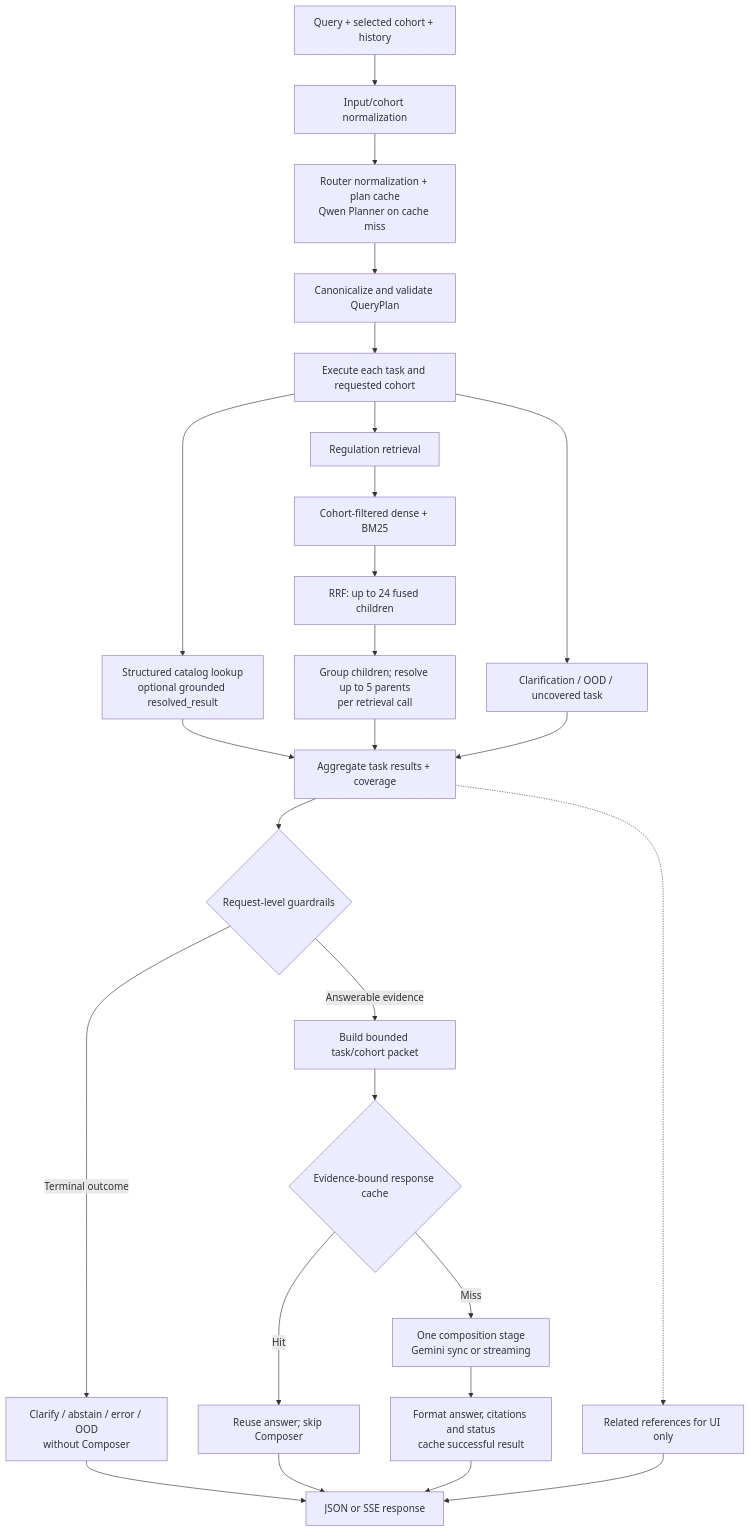
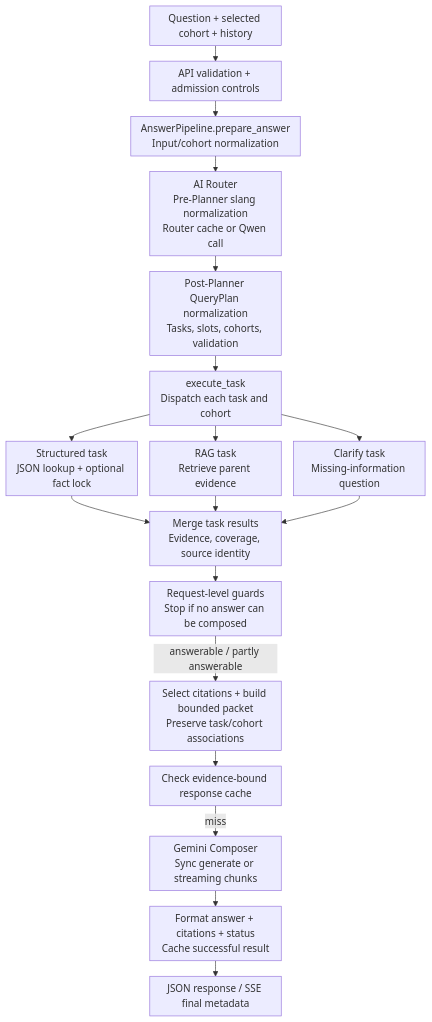
One commit to AnhPhiNe/student-handbook-rag-chatbot changed the second of 5 diagrams in README.md. Above: the diagram before and after it, drawn with Mermaid. The commit also changed other lines of this file, not shown here.

Commit message:
docs: reorganize README architecture evaluation and demo links

````diff
--- a/README.md
+++ b/README.md
@@ -113,28 +208,21 @@
-```mermaid
+~~~mermaid
+%%{init: {"flowchart": {"wrappingWidth": 180, "nodeSpacing": 20, "rankSpacing": 25, "padding": 8}}}%%
 flowchart TD
-    Request["Query + selected cohort + history"] --> Input["Input/cohort normalization"]
-    Input --> Router["Router normalization + plan cache<br/>Qwen Planner on cache miss"]
-    Router --> Validate["Canonicalize and validate QueryPlan"]
-    Validate --> Tasks["Execute each task and requested cohort"]
-    Tasks --> S["Structured catalog lookup<br/>optional grounded resolved_result"]
-    Tasks --> R["Regulation retrieval"]
-    Tasks --> C["Clarification / OOD / uncovered task"]
-    R --> Search["Cohort-filtered dense + BM25"]
-    Search --> RRF["RRF: up to 24 fused children"]
-    RRF --> Parents["Group children; resolve up to 5 parents<br/>per retrieval call"]
-    Parents --> Merge["Aggregate task results + coverage"]
-    S --> Merge
-    C --> Merge
-    Merge --> Gate{"Request-level guardrails"}
-    Gate -->|"Terminal outcome"| Safe["Clarify / abstain / error / OOD<br/>without Composer"]
-    Gate -->|"Answerable evidence"| Packet["Build bounded task/cohort packet"]
-    Packet --> Cache{"Evidence-bound response cache"}
-    Cache -->|"Hit"| Cached["Reuse answer; skip Composer"]
-    Cache -->|"Miss"| Compose["One composition stage<br/>Gemini sync or streaming"]
-    Compose --> Final["Format answer, citations and status<br/>cache successful result"]
-    Merge -.-> Graph["Related references for UI only"]
-    Final --> Response["JSON or SSE response"]
-    Safe --> Response
-    Cached --> Response
-    Graph --> Response
-```
+    Input["Question + selected cohort + history"] --> API["API validation + admission controls"]
+    API --> Prepare["AnswerPipeline.prepare_answer<br/>Input/cohort normalization"]
+    Prepare --> Planner["AI Router<br/>Pre-Planner slang normalization<br/>Router cache or Qwen call"]
+    Planner --> Normalize["Post-Planner QueryPlan normalization<br/>Tasks, slots, cohorts, validation"]
+    Normalize --> Execute["execute_task<br/>Dispatch each task and cohort"]
+    Execute --> Structured["Structured task<br/>JSON lookup + optional fact lock"]
+    Execute --> RAG["RAG task<br/>Retrieve parent evidence"]
+    Execute --> Clarify["Clarify task<br/>Missing-information question"]
+    Structured --> Merge["Merge task results<br/>Evidence, coverage, source identity"]
+    RAG --> Merge
+    Clarify --> Merge
+    Merge --> Guard["Request-level guards<br/>Stop if no answer can be composed"]
+    Guard -->|answerable / partly answerable| Packet["Select citations + build bounded packet<br/>Preserve task/cohort associations"]
+    Packet --> Cache["Check evidence-bound response cache"]
+    Cache -->|miss| Compose["Gemini Composer<br/>Sync generate or streaming chunks"]
+    Compose --> Final["Format answer + citations + status<br/>Cache successful result"]
+    Final --> Output["JSON response / SSE final metadata"]
+~~~
````
